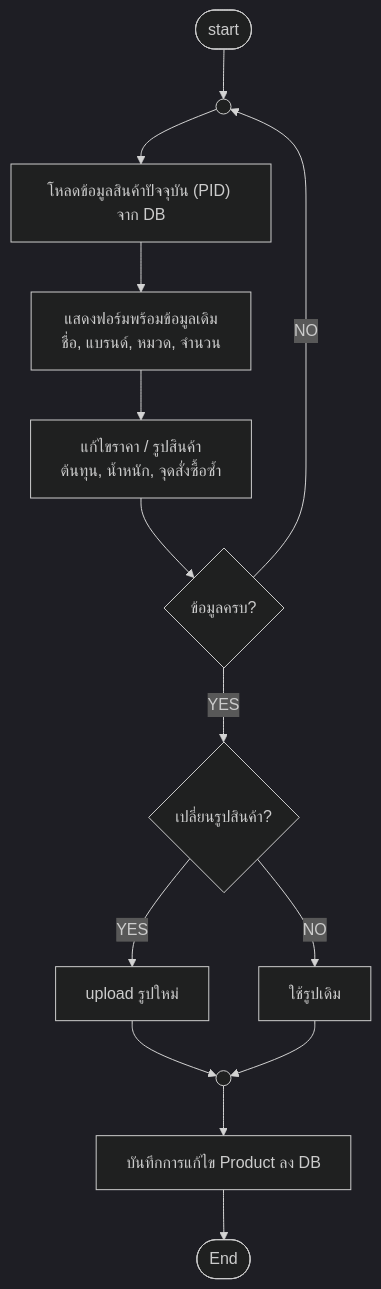
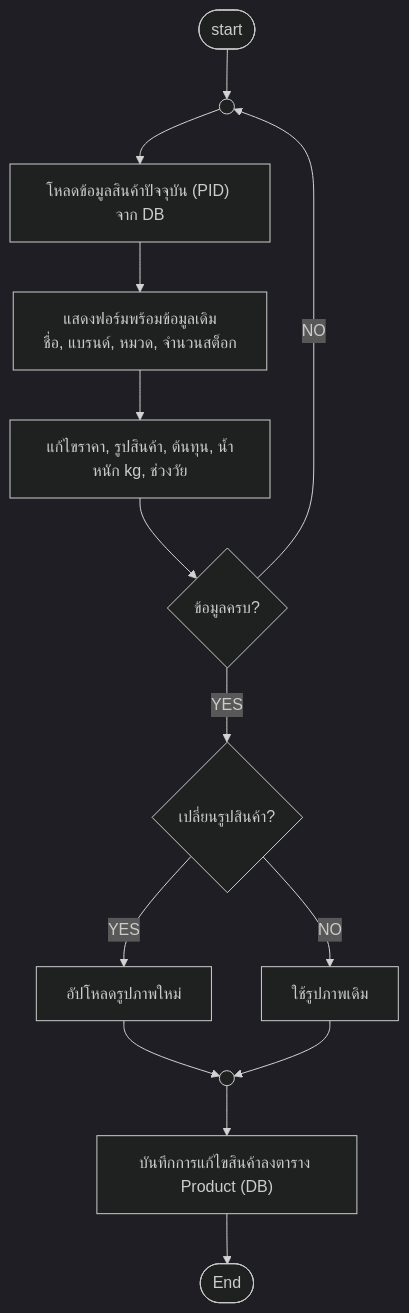
One commit to doraemon-kub/CSI402_Project-final changed diagram 12 of 18 in README.md. Above: the diagram before and after it, drawn with Mermaid (dark theme). The commit also changed other lines of this file, not shown here.

Commit message:
docs: update and fix flowcharts per bug.pdf requirements and resolve GitHub Mermaid render errors

````diff
--- a/README.md
+++ b/README.md
@@ -311,16 +307,16 @@
 ```mermaid
 flowchart TD
     Start([start]) --> ConnEditProd(( ))
     ConnEditProd --> LoadCurrentPID["โหลดข้อมูลสินค้าปัจจุบัน (PID) จาก DB"]
-    LoadCurrentPID --> DisplayEditForm[แสดงฟอร์มพร้อมข้อมูลเดิม\nชื่อ, แบรนด์, หมวด, จำนวน]
-    DisplayEditForm --> EditFields[แก้ไขราคา / รูปสินค้า\nต้นทุน, น้ำหนัก, จุดสั่งซื้อซ้ำ]
+    LoadCurrentPID --> DisplayEditForm["แสดงฟอร์มพร้อมข้อมูลเดิม\nชื่อ, แบรนด์, หมวด, จำนวนสต็อก"]
+    DisplayEditForm --> EditFields["แก้ไขราคา, รูปสินค้า, ต้นทุน, น้ำหนัก kg, ช่วงวัย"]
     EditFields --> CheckEditComplete{ข้อมูลครบ?}
     CheckEditComplete -- NO --> ConnEditProd
     CheckEditComplete -- YES --> ChangeImage{เปลี่ยนรูปสินค้า?}
-    ChangeImage -- YES --> UploadNewImg[upload รูปใหม่]
-    ChangeImage -- NO --> UseOldImg[ใช้รูปเดิม]
+    ChangeImage -- YES --> UploadNewImg["อัปโหลดรูปภาพใหม่"]
+    ChangeImage -- NO --> UseOldImg["ใช้รูปภาพเดิม"]
     UploadNewImg --> ConnSaveProd(( ))
     UseOldImg --> ConnSaveProd
-    ConnSaveProd --> SaveProductEdit[บันทึกการแก้ไข Product ลง DB]
+    ConnSaveProd --> SaveProductEdit["บันทึกการแก้ไขสินค้าลงตาราง Product (DB)"]
     SaveProductEdit --> End([End])
 ```
````
